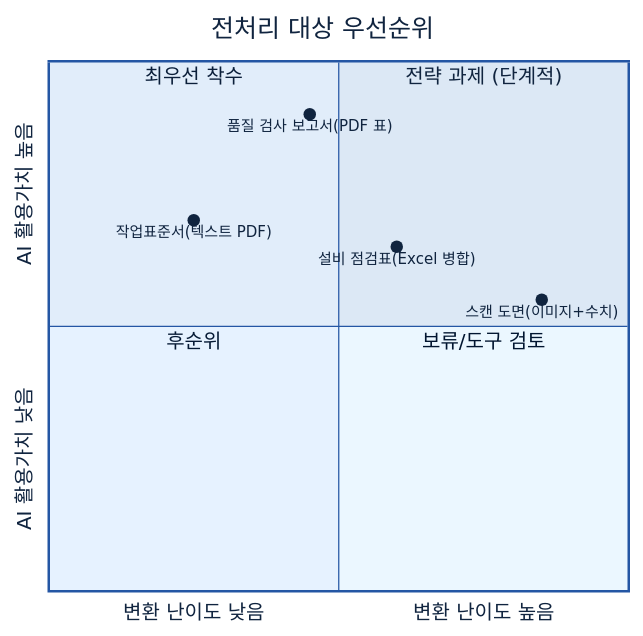
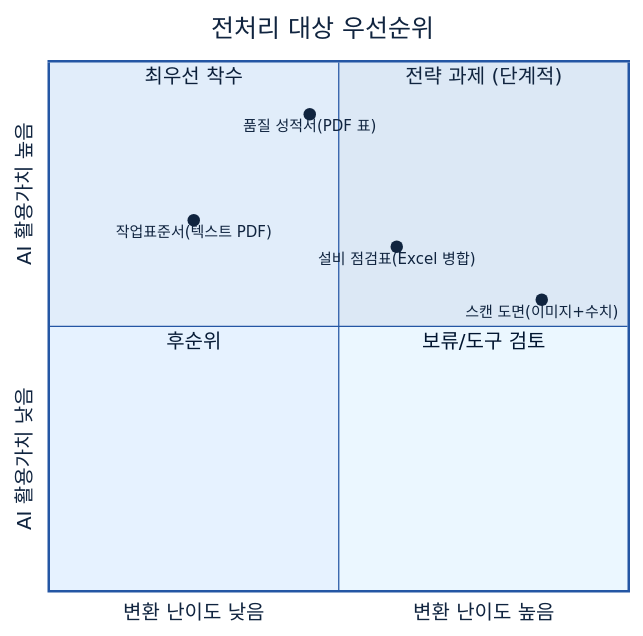
One commit to jin-kearney/ai-ready-data-manual changed the second of 6 diagrams in 가이드 작성/B-1 데이터 전처리/B-1 데이터 전처리.md. Above: the diagram before and after it, drawn with Mermaid. The commit also changed other lines of this file and 2 other files, not shown here.

````diff
--- a/가이드 작성/B-1 데이터 전처리/B-1 데이터 전처리.md
+++ b/가이드 작성/B-1 데이터 전처리/B-1 데이터 전처리.md
@@ -460,15 +191,15 @@
 ```mermaid
 %%{init: {'theme':'base','themeVariables':{'primaryColor':'#DCE8F5','primaryBorderColor':'#2456A4','primaryTextColor':'#10243f','lineColor':'#2456A4','fontSize':'13px'}}}%%
 quadrantChart
     title 전처리 대상 우선순위
     x-axis 변환 난이도 낮음 --> 변환 난이도 높음
     y-axis AI 활용가치 낮음 --> AI 활용가치 높음
     quadrant-1 "전략 과제 (단계적)"
     quadrant-2 "최우선 착수"
     quadrant-3 "후순위"
     quadrant-4 "보류/도구 검토"
-    "품질 검사 보고서(PDF 표)": [0.45, 0.9]
+    "품질 성적서(PDF 표)": [0.45, 0.9]
     "작업표준서(텍스트 PDF)": [0.25, 0.7]
     "설비 점검표(Excel 병합)": [0.6, 0.65]
     "스캔 도면(이미지+수치)": [0.85, 0.55]
 ```
````
